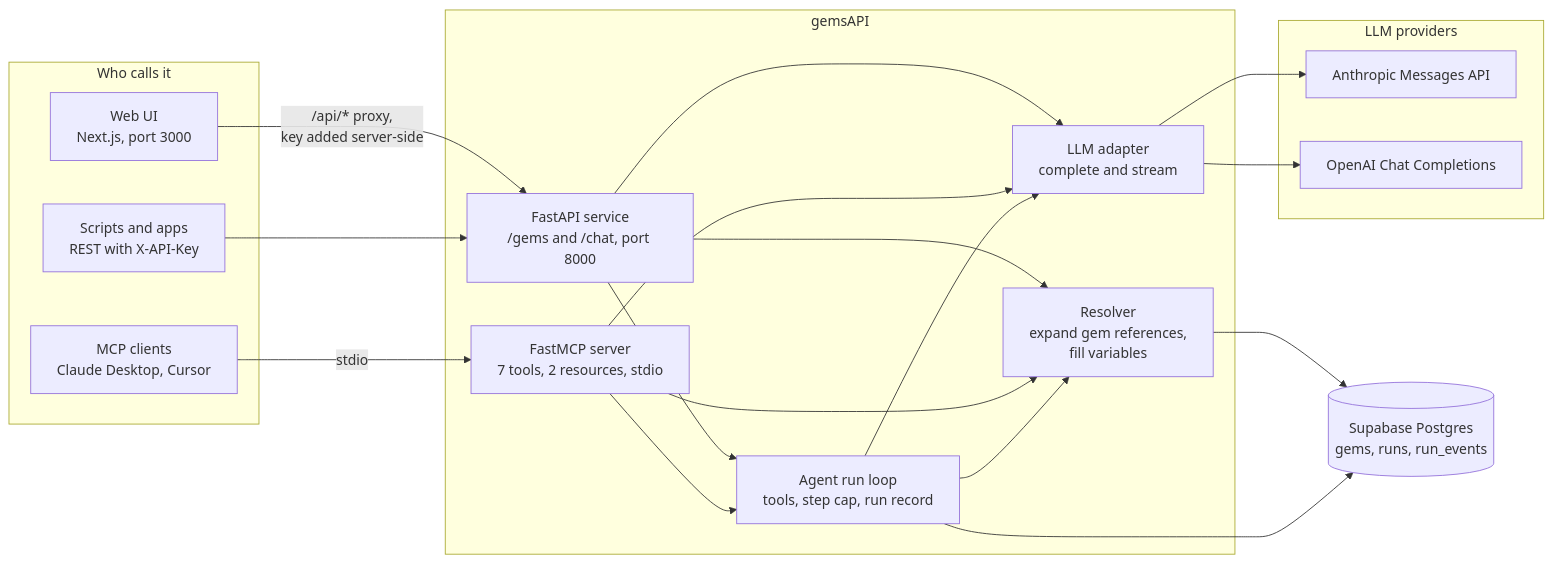
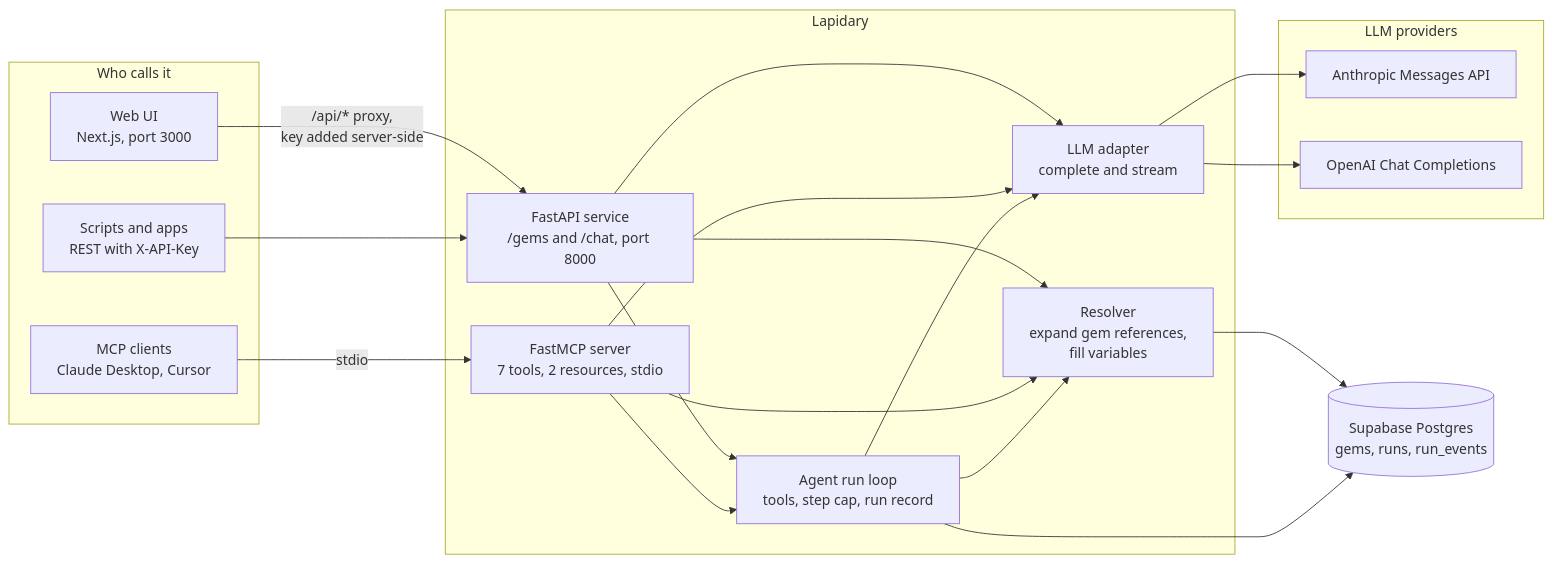
Before and after one commit to poyfather/gemsAPI: the first of 10 diagrams in ARCHITECTURE.md, drawn with Mermaid. The commit also changed other lines of this file and 26 other files, not shown here.

````diff
--- a/ARCHITECTURE.md
+++ b/ARCHITECTURE.md
@@ -7,39 +7,39 @@
 ```mermaid
 flowchart LR
     subgraph callers["Who calls it"]
         UI["Web UI<br/>Next.js, port 3000"]
         REST["Scripts and apps<br/>REST with X-API-Key"]
         MCPC["MCP clients<br/>Claude Desktop, Cursor"]
     end
 
-    subgraph core["gemsAPI"]
+    subgraph core["Lapidary"]
         API["FastAPI service<br/>/gems and /chat, port 8000"]
         MCPS["FastMCP server<br/>7 tools, 2 resources, stdio"]
         RES["Resolver<br/>expand gem references,<br/>fill variables"]
         LLM["LLM adapter<br/>complete and stream"]
         LOOP["Agent run loop<br/>tools, step cap, run record"]
     end
 
     DB[("Supabase Postgres<br/>gems, runs, run_events")]
 
     subgraph providers["LLM providers"]
         ANT["Anthropic Messages API"]
         OAI["OpenAI Chat Completions"]
     end
 
     UI -- "/api/* proxy,<br/>key added server-side" --> API
     REST --> API
     MCPC -- "stdio" --> MCPS
     API --> RES
     MCPS --> RES
     RES --> DB
     API --> LLM
     MCPS --> LLM
     API --> LOOP
     MCPS --> LOOP
     LOOP --> RES
     LOOP --> LLM
     LOOP --> DB
     LLM --> ANT
     LLM --> OAI
 ```
````
